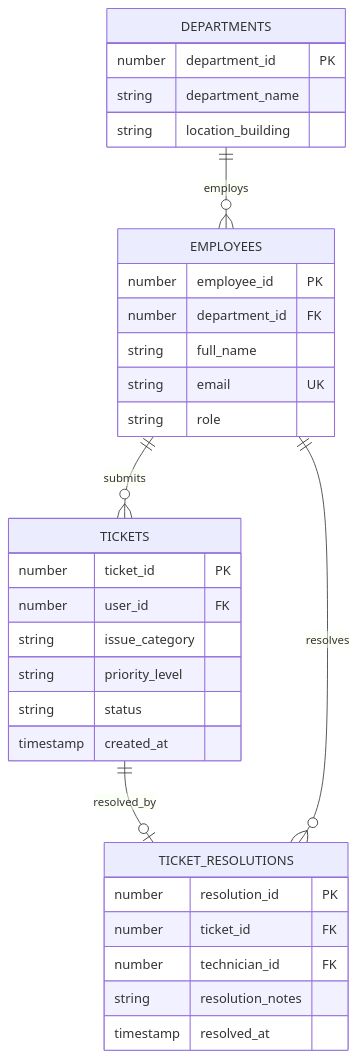
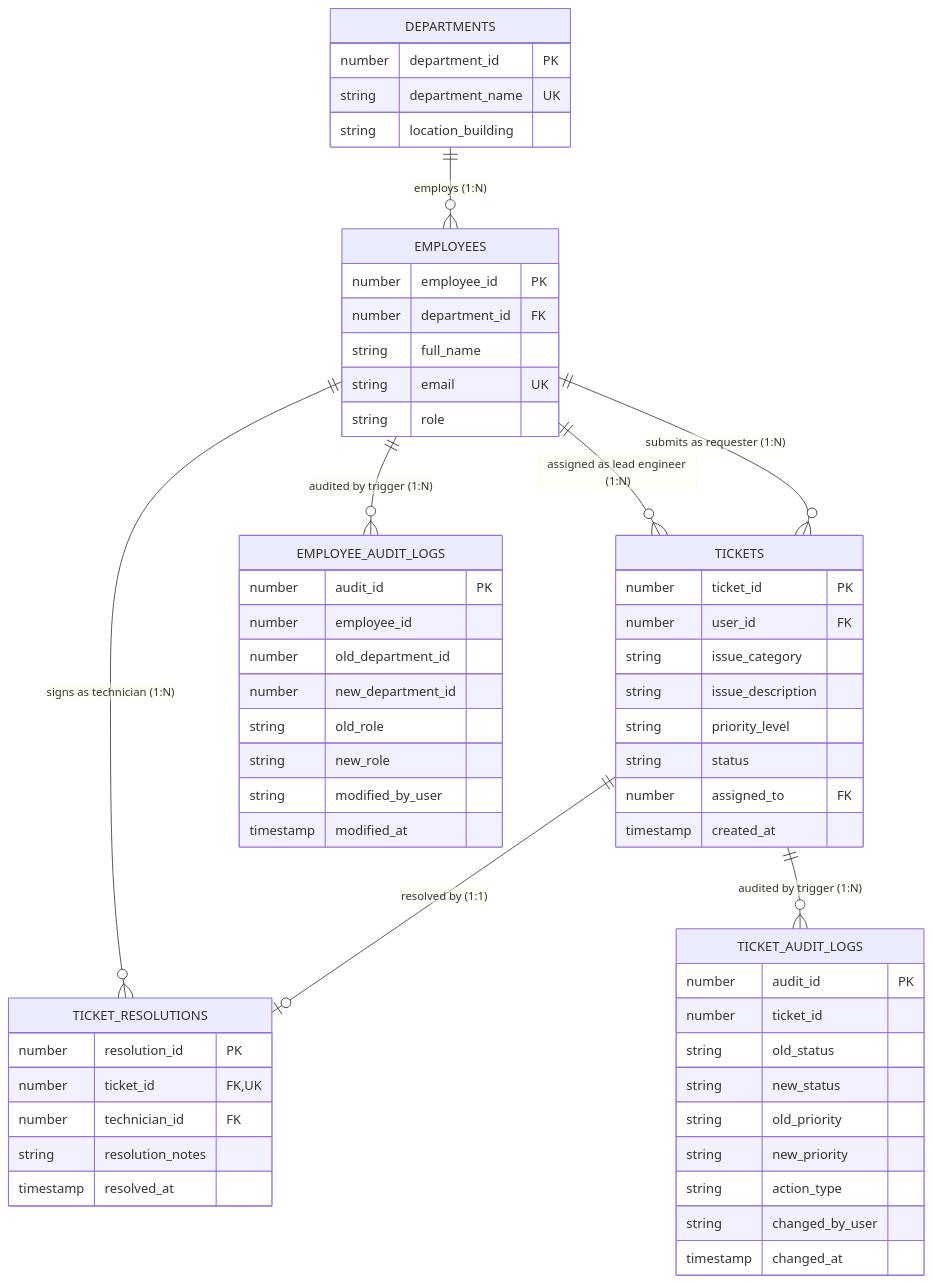
Before and after one commit to ArnavGoel77/ticketing-system: the second of 2 diagrams in README.md, drawn with Mermaid. The commit also changed other lines of this file and 7 other files, not shown here.

````diff
--- a/README.md
+++ b/README.md
@@ -96,38 +97,66 @@
 ```mermaid
 erDiagram
-    DEPARTMENTS ||--o{ EMPLOYEES : "employs"
-    EMPLOYEES ||--o{ TICKETS : "submits"
-    TICKETS ||--o| TICKET_RESOLUTIONS : "resolved_by"
-    EMPLOYEES ||--o{ TICKET_RESOLUTIONS : "resolves"
+    DEPARTMENTS ||--o{ EMPLOYEES : "employs (1:N)"
+    EMPLOYEES ||--o{ TICKETS : "submits as requester (1:N)"
+    EMPLOYEES ||--o{ TICKETS : "assigned as lead engineer (1:N)"
+    TICKETS ||--o| TICKET_RESOLUTIONS : "resolved by (1:1)"
+    EMPLOYEES ||--o{ TICKET_RESOLUTIONS : "signs as technician (1:N)"
+    TICKETS ||--o{ TICKET_AUDIT_LOGS : "audited by trigger (1:N)"
+    EMPLOYEES ||--o{ EMPLOYEE_AUDIT_LOGS : "audited by trigger (1:N)"
 
     DEPARTMENTS {
         number department_id PK
-        string department_name
+        string department_name UK
         string location_building
     }
 
     EMPLOYEES {
         number employee_id PK
         number department_id FK
         string full_name
         string email UK
         string role
     }
 
     TICKETS {
         number ticket_id PK
         number user_id FK
         string issue_category
+        string issue_description
         string priority_level
         string status
+        number assigned_to FK
         timestamp created_at
     }
 
     TICKET_RESOLUTIONS {
         number resolution_id PK
-        number ticket_id FK
+        number ticket_id FK,UK
         number technician_id FK
         string resolution_notes
         timestamp resolved_at
     }
+
+    TICKET_AUDIT_LOGS {
+        number audit_id PK
+        number ticket_id
+        string old_status
+        string new_status
+        string old_priority
+        string new_priority
+        string action_type
+        string changed_by_user
+        timestamp changed_at
+    }
+
+    EMPLOYEE_AUDIT_LOGS {
+        number audit_id PK
+        number employee_id
+        number old_department_id
+        number new_department_id
+        string old_role
+        string new_role
+        string modified_by_user
+        timestamp modified_at
+    }
 ```
````
